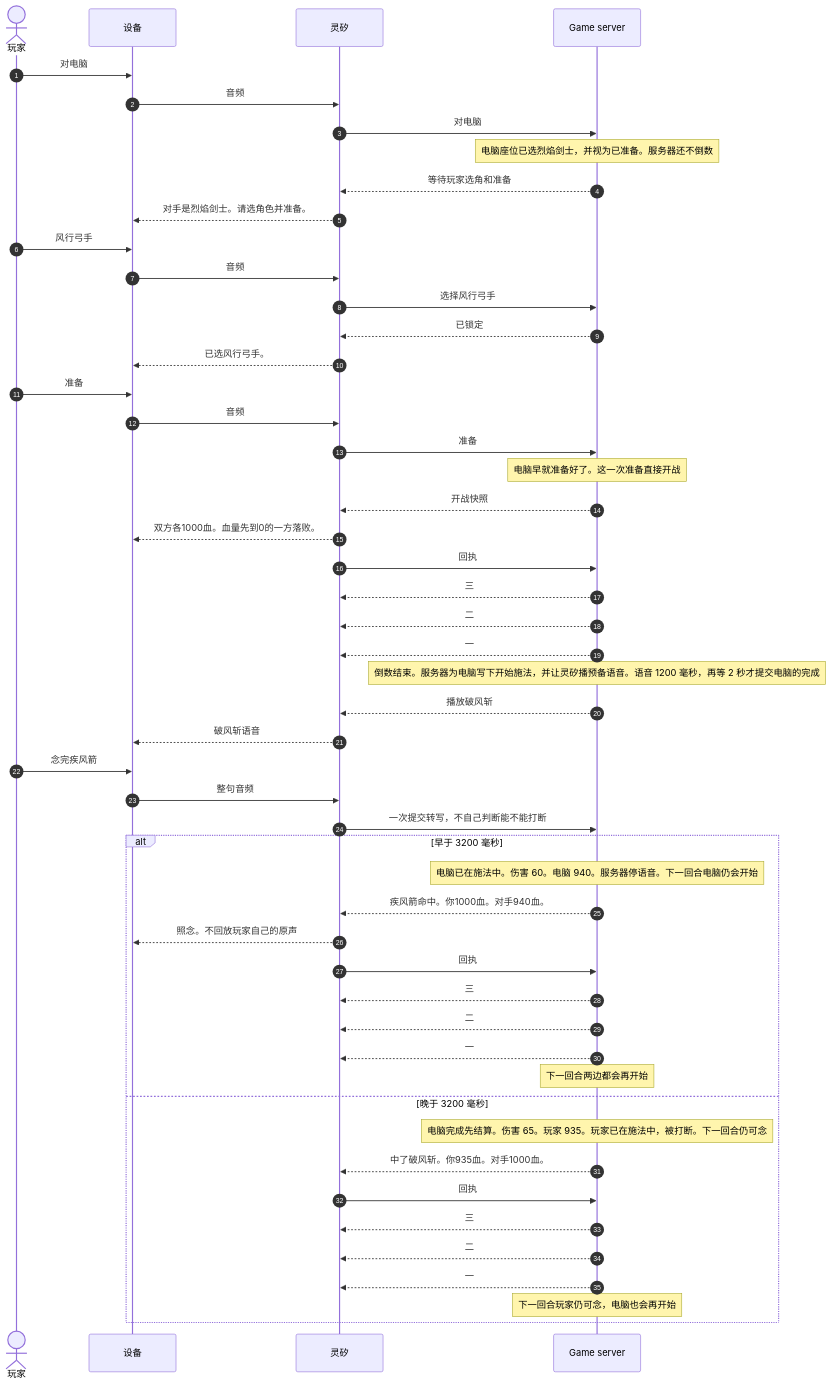
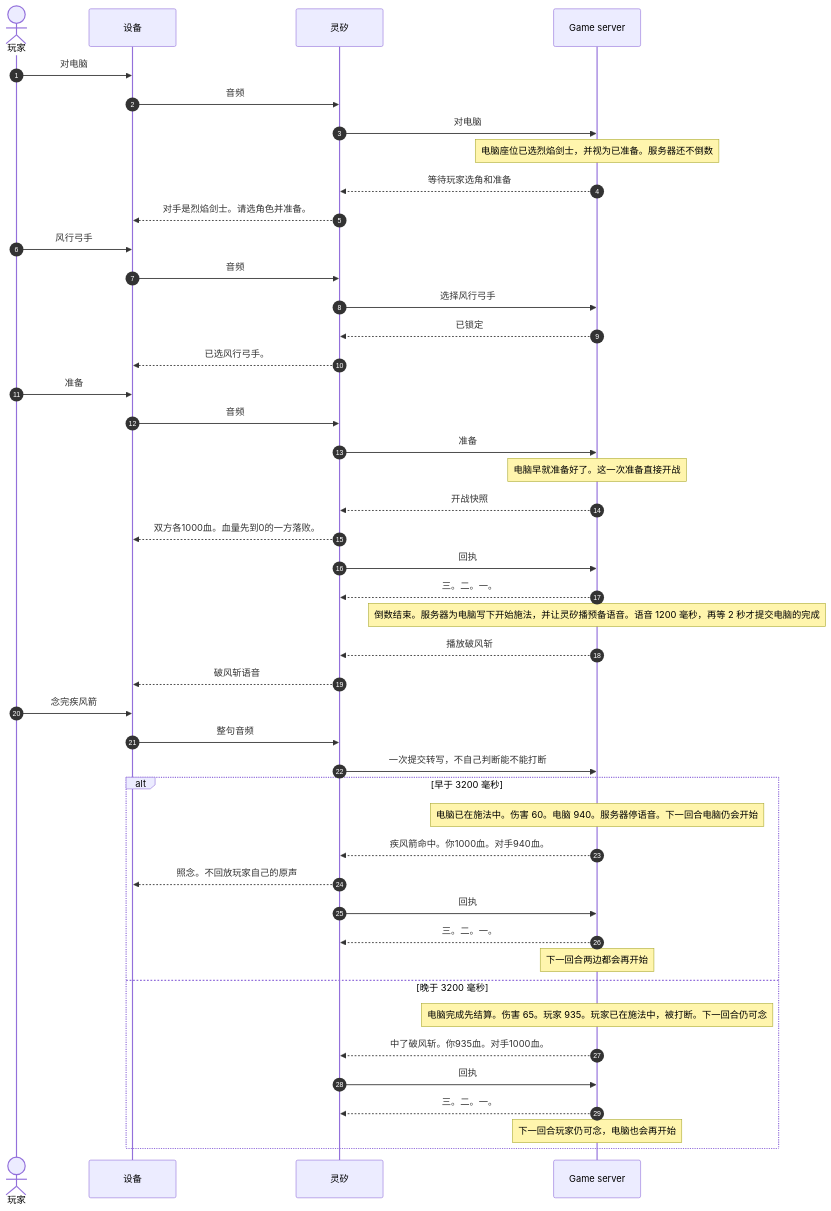
One commit to wilcosheh/lieyanliaoyuan changed the fourth of 6 diagrams in docs/交互设计.md. Above: the diagram before and after it, drawn with Mermaid. The commit also changed other lines of this file and 6 other files, not shown here.

````diff
--- a/docs/交互设计.md
+++ b/docs/交互设计.md
@@ -452,54 +436,48 @@
 ```mermaid
 sequenceDiagram
     autonumber
     actor 玩家
     participant 设备
     participant 灵矽
     participant GS as Game server
 
     玩家->>设备: 对电脑
     设备->>灵矽: 音频
     灵矽->>GS: 对电脑
     Note over GS: 电脑座位已选烈焰剑士，并视为已准备。服务器还不倒数
     GS-->>灵矽: 等待玩家选角和准备
     灵矽-->>设备: 对手是烈焰剑士。请选角色并准备。
     玩家->>设备: 风行弓手
     设备->>灵矽: 音频
     灵矽->>GS: 选择风行弓手
     GS-->>灵矽: 已锁定
     灵矽-->>设备: 已选风行弓手。
     玩家->>设备: 准备
     设备->>灵矽: 音频
     灵矽->>GS: 准备
     Note over GS: 电脑早就准备好了。这一次准备直接开战
     GS-->>灵矽: 开战快照
     灵矽-->>设备: 双方各1000血。血量先到0的一方落败。
     灵矽->>GS: 回执
-    GS-->>灵矽: 三
-    GS-->>灵矽: 二
-    GS-->>灵矽: 一
+    GS-->>灵矽: 三。二。一。
     Note over GS: 倒数结束。服务器为电脑写下开始施法，并让灵矽播预备语音。语音 1200 毫秒，再等 2 秒才提交电脑的完成
     GS-->>灵矽: 播放破风斩
     灵矽-->>设备: 破风斩语音
     玩家->>设备: 念完疾风箭
     设备->>灵矽: 整句音频
     灵矽->>GS: 一次提交转写，不自己判断能不能打断
     alt 早于 3200 毫秒
         Note over GS: 电脑已在施法中。伤害 60。电脑 940。服务器停语音。下一回合电脑仍会开始
         GS-->>灵矽: 疾风箭命中。你1000血。对手940血。
         灵矽-->>设备: 照念。不回放玩家自己的原声
         灵矽->>GS: 回执
-        GS-->>灵矽: 三
-        GS-->>灵矽: 二
-        GS-->>灵矽: 一
+        GS-->>灵矽: 三。二。一。
         Note over GS: 下一回合两边都会再开始
     else 晚于 3200 毫秒
         Note over GS: 电脑完成先结算。伤害 65。玩家 935。玩家已在施法中，被打断。下一回合仍可念
         GS-->>灵矽: 中了破风斩。你935血。对手1000血。
         灵矽->>GS: 回执
-        GS-->>灵矽: 三
-        GS-->>灵矽: 二
-        GS-->>灵矽: 一
+        GS-->>灵矽: 三。二。一。
         Note over GS: 下一回合玩家仍可念，电脑也会再开始
     end
 ```
````
